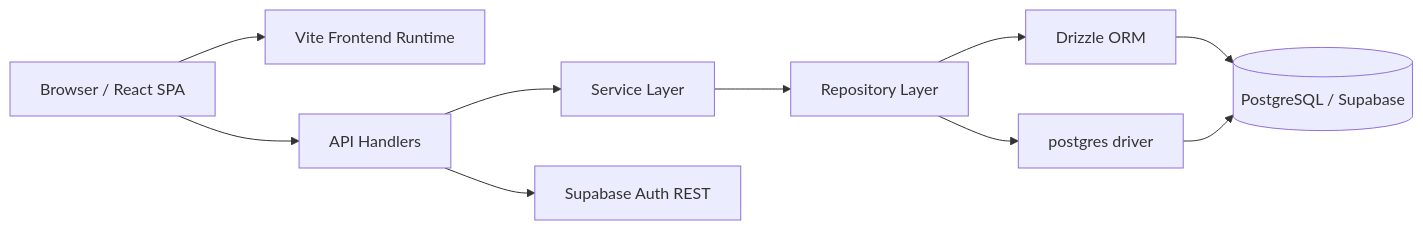
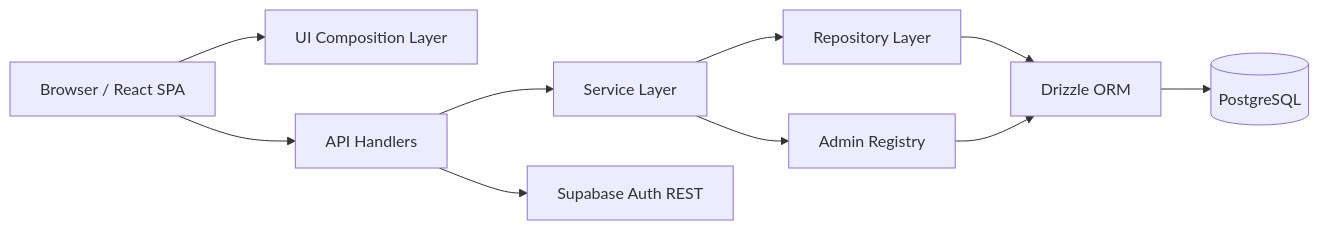
Before and after one commit to Mik1810/Piccirilli_Michael_Portfolio: the first of 2 diagrams in README.md, drawn with Mermaid. The commit also changed other lines of this file and 11 other files, not shown here.

````diff
--- a/README.md
+++ b/README.md
@@ -76,22 +86,22 @@
 ```mermaid
 flowchart LR
     Browser[Browser / React SPA]
-    Vite[Vite Frontend Runtime]
+    UI[UI Composition Layer]
     API[API Handlers]
     Services[Service Layer]
     Repos[Repository Layer]
+    Registry[Admin Registry]
     Drizzle[Drizzle ORM]
-    SQL[postgres driver]
-    DB[(PostgreSQL / Supabase)]
     Auth[Supabase Auth REST]
+    DB[(PostgreSQL)]
 
-    Browser --> Vite
+    Browser --> UI
     Browser --> API
     API --> Services
     Services --> Repos
+    Services --> Registry
     Repos --> Drizzle
-    Repos --> SQL
+    Registry --> Drizzle
     Drizzle --> DB
-    SQL --> DB
     API --> Auth
 ```
````
